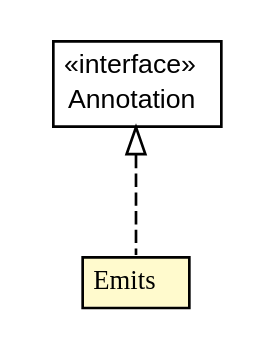
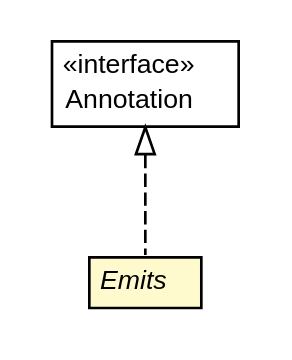
One commit to trajano/jetng changed the diagram in jetng-apt/apidocs/net/trajano/jetng/apt/Emits.dot. Above: the diagram before and after it, drawn with Graphviz. The commit also changed 67 other files, not shown here.

```diff
--- a/jetng-apt/apidocs/net/trajano/jetng/apt/Emits.dot
+++ b/jetng-apt/apidocs/net/trajano/jetng/apt/Emits.dot
@@ -1,27 +1,27 @@
 #!/usr/local/bin/dot
 #
 # Class diagram 
 # Generated by UMLGraph version R5_6-24-gf6e263 (http://www.umlgraph.org/)
 #
 
 digraph G {
-	edge [fontname="arial",fontsize=10,labelfontname="arial",labelfontsize=10];
-	node [fontname="arial",fontsize=10,shape=plaintext];
+	edge [fontname="Helvetica",fontsize=10,labelfontname="Helvetica",labelfontsize=10];
+	node [fontname="Helvetica",fontsize=10,shape=plaintext];
 	nodesep=0.25;
 	ranksep=0.5;
 	// net.trajano.jetng.apt.Emits
 	c28 [label=<<table title="net.trajano.jetng.apt.Emits" border="0" cellborder="1" cellspacing="0" cellpadding="2" port="p" bgcolor="lemonChiffon" href="./Emits.html">
 		<tr><td><table border="0" cellspacing="0" cellpadding="1">
-<tr><td align="center" balign="center"><font face="arial italic"> Emits </font></td></tr>
+<tr><td align="center" balign="center"><font face="Helvetica-Oblique"> Emits </font></td></tr>
 		</table></td></tr>
-		</table>>, URL="./Emits.html", fontname="arial", fontcolor="black", fontsize=10.0];
+		</table>>, URL="./Emits.html", fontname="Helvetica", fontcolor="black", fontsize=10.0];
 	//net.trajano.jetng.apt.Emits implements java.lang.annotation.Annotation
 	c33:p -> c28:p [dir=back,arrowtail=empty,style=dashed];
 	// java.lang.annotation.Annotation
 	c33 [label=<<table title="java.lang.annotation.Annotation" border="0" cellborder="1" cellspacing="0" cellpadding="2" port="p" href="http://java.sun.com/j2se/1.4.2/docs/api/java/lang/annotation/Annotation.html">
 		<tr><td><table border="0" cellspacing="0" cellpadding="1">
 <tr><td align="center" balign="center"> &#171;interface&#187; </td></tr>
 <tr><td align="center" balign="center"> Annotation </td></tr>
 		</table></td></tr>
-		</table>>, URL="http://java.sun.com/j2se/1.4.2/docs/api/java/lang/annotation/Annotation.html", fontname="arial", fontcolor="black", fontsize=10.0];
+		</table>>, URL="http://java.sun.com/j2se/1.4.2/docs/api/java/lang/annotation/Annotation.html", fontname="Helvetica", fontcolor="black", fontsize=10.0];
 }
```
